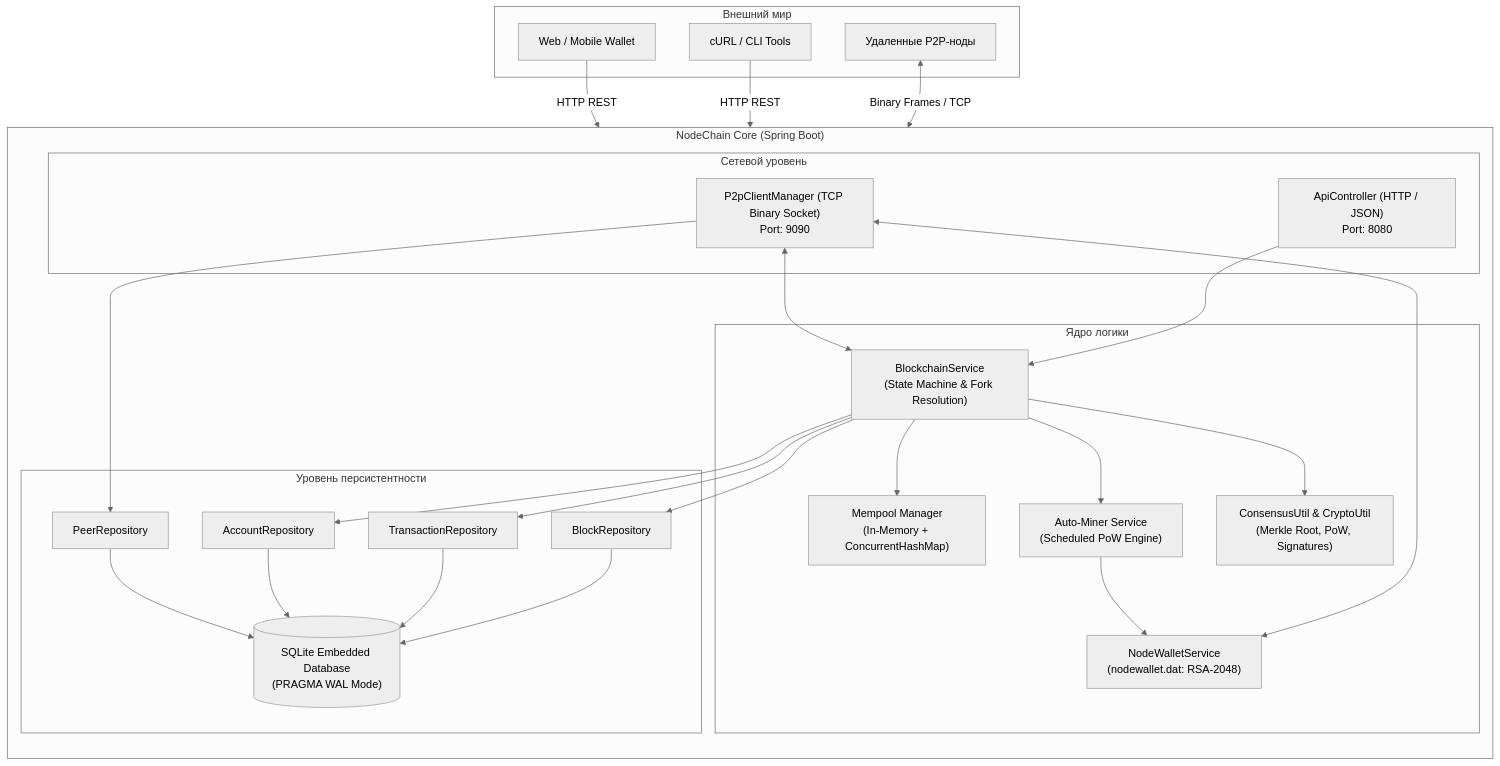
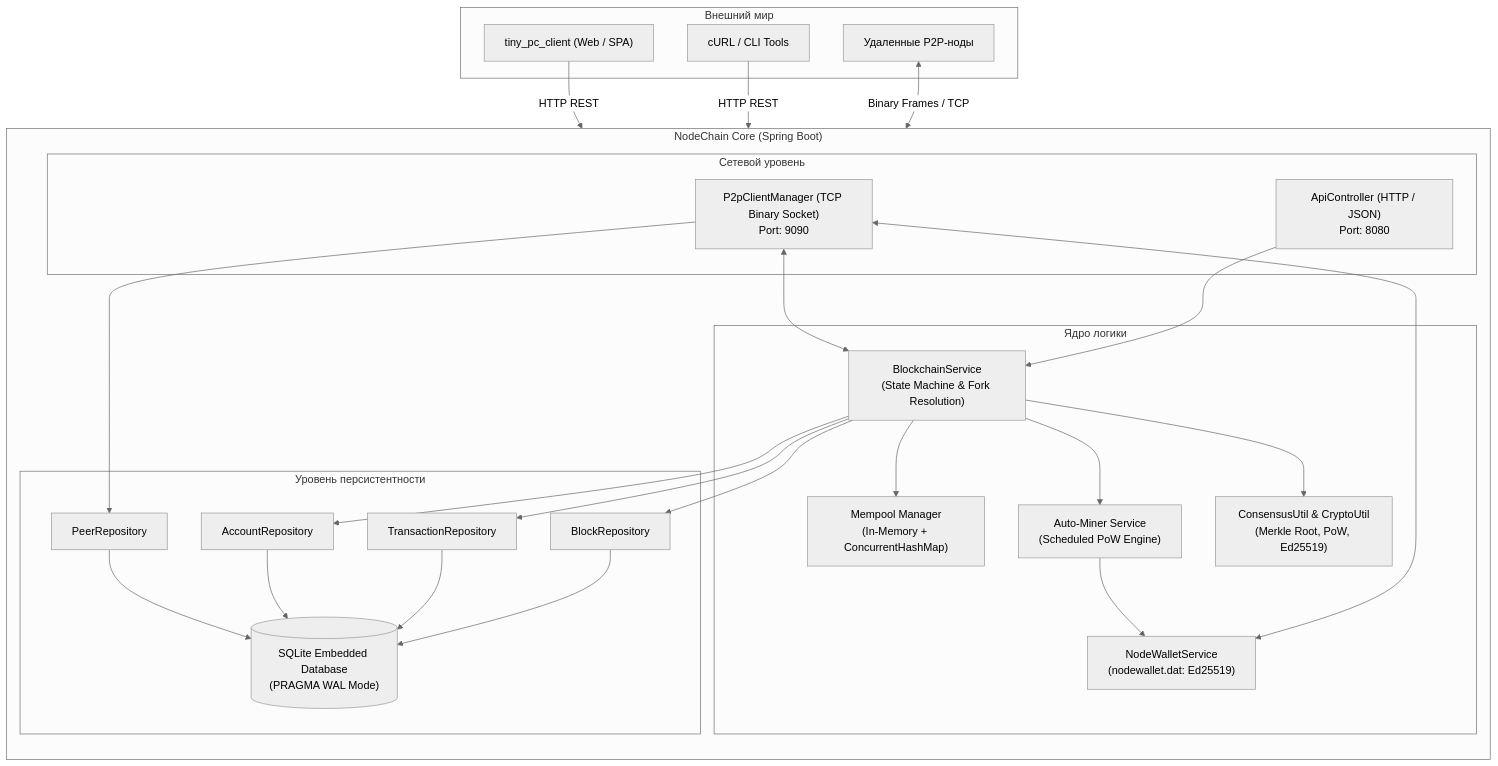
The first of 3 diagrams in README.md (flirsys/nodechain), drawn with Mermaid (neutral theme) before and after one commit. The commit also changed other lines of this file and 21 other files, not shown here.

````diff
--- a/README.md
+++ b/README.md
@@ -60,56 +62,56 @@
 ```mermaid
 flowchart TB
     subgraph Clients["Внешний мир"]
-        Web[Web / Mobile Wallet]
+        Web["tiny_pc_client (Web / SPA)"]
         CLI[cURL / CLI Tools]
         PeerNode[Удаленные P2P-ноды]
     end
 
     subgraph NodeChain["NodeChain Core (Spring Boot)"]
         direction TB
 
         subgraph Ingress["Сетевой уровень"]
             REST["ApiController (HTTP / JSON)\nPort: 8080"]
             P2P["P2pClientManager (TCP Binary Socket)\nPort: 9090"]
         end
 
         subgraph Engine["Ядро логики"]
-            Wallet["NodeWalletService\n(nodewallet.dat: RSA-2048)"]
+            Wallet["NodeWalletService\n(nodewallet.dat: Ed25519)"]
             Mempool["Mempool Manager\n(In-Memory + ConcurrentHashMap)"]
             Miner["Auto-Miner Service\n(Scheduled PoW Engine)"]
             Blockchain["BlockchainService\n(State Machine & Fork Resolution)"]
-            Consensus["ConsensusUtil & CryptoUtil\n(Merkle Root, PoW, Signatures)"]
+            Consensus["ConsensusUtil & CryptoUtil\n(Merkle Root, PoW, Ed25519)"]
         end
 
         subgraph Storage["Уровень персистентности"]
             RepoBlock["BlockRepository"]
             RepoTx["TransactionRepository"]
             RepoAcc["AccountRepository"]
             RepoPeer["PeerRepository"]
             SQLite[("SQLite Embedded Database\n(PRAGMA WAL Mode)")]
         end
     end
 
     Web -->|HTTP REST| REST
     CLI -->|HTTP REST| REST
     PeerNode <-->|Binary Frames / TCP| P2P
 
     REST --> Blockchain
     P2P <--> Blockchain
     P2P <--> Wallet
 
     Blockchain --> Mempool
     Blockchain --> Miner
     Blockchain --> Consensus
     Miner --> Wallet
 
     Blockchain --> RepoBlock
     Blockchain --> RepoTx
     Blockchain --> RepoAcc
     P2P --> RepoPeer
 
     RepoBlock --> SQLite
     RepoTx --> SQLite
     RepoAcc --> SQLite
     RepoPeer --> SQLite
 ```
````
